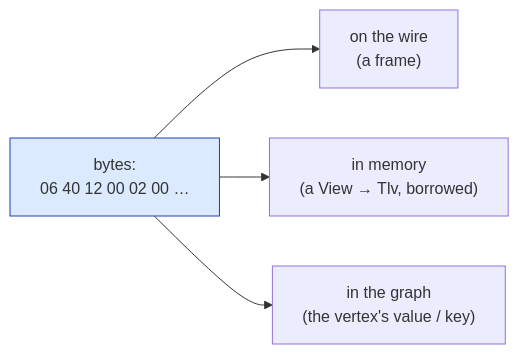
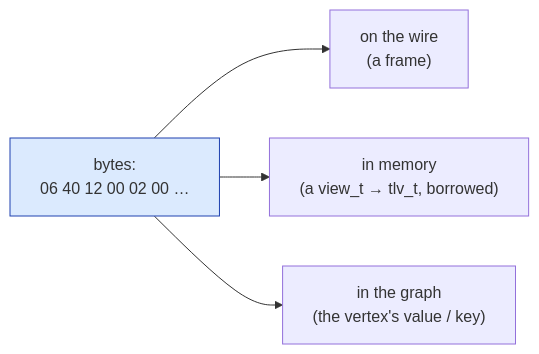
One commit to avatarsd-llc/libtracer changed the diagram in docs/modules/wire-format-bits.md. Above: the diagram before and after it, drawn with Mermaid. The commit also changed 64 other files, not shown here.

````diff
--- a/docs/modules/wire-format-bits.md
+++ b/docs/modules/wire-format-bits.md
@@ -141,8 +141,8 @@
 ```{mermaid}
 flowchart LR
     B["bytes:<br/>06 40 12 00 02 00 …"]:::b
     B --> W["on the wire<br/>(a frame)"]
-    B --> M["in memory<br/>(a View → Tlv, borrowed)"]
+    B --> M["in memory<br/>(a view_t → tlv_t, borrowed)"]
     B --> G["in the graph<br/>(the vertex's value / key)"]
     classDef b fill:#dbeafe,stroke:#1e40af;
 ```
````
